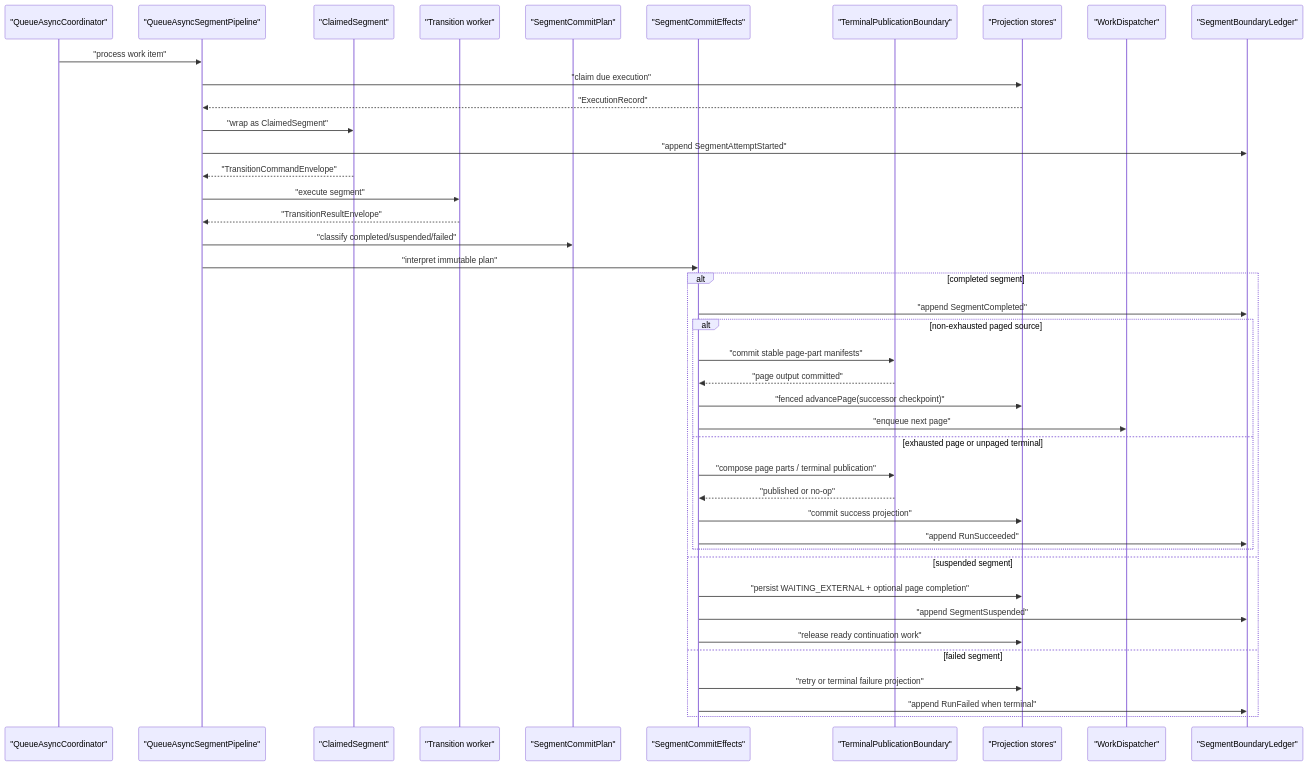
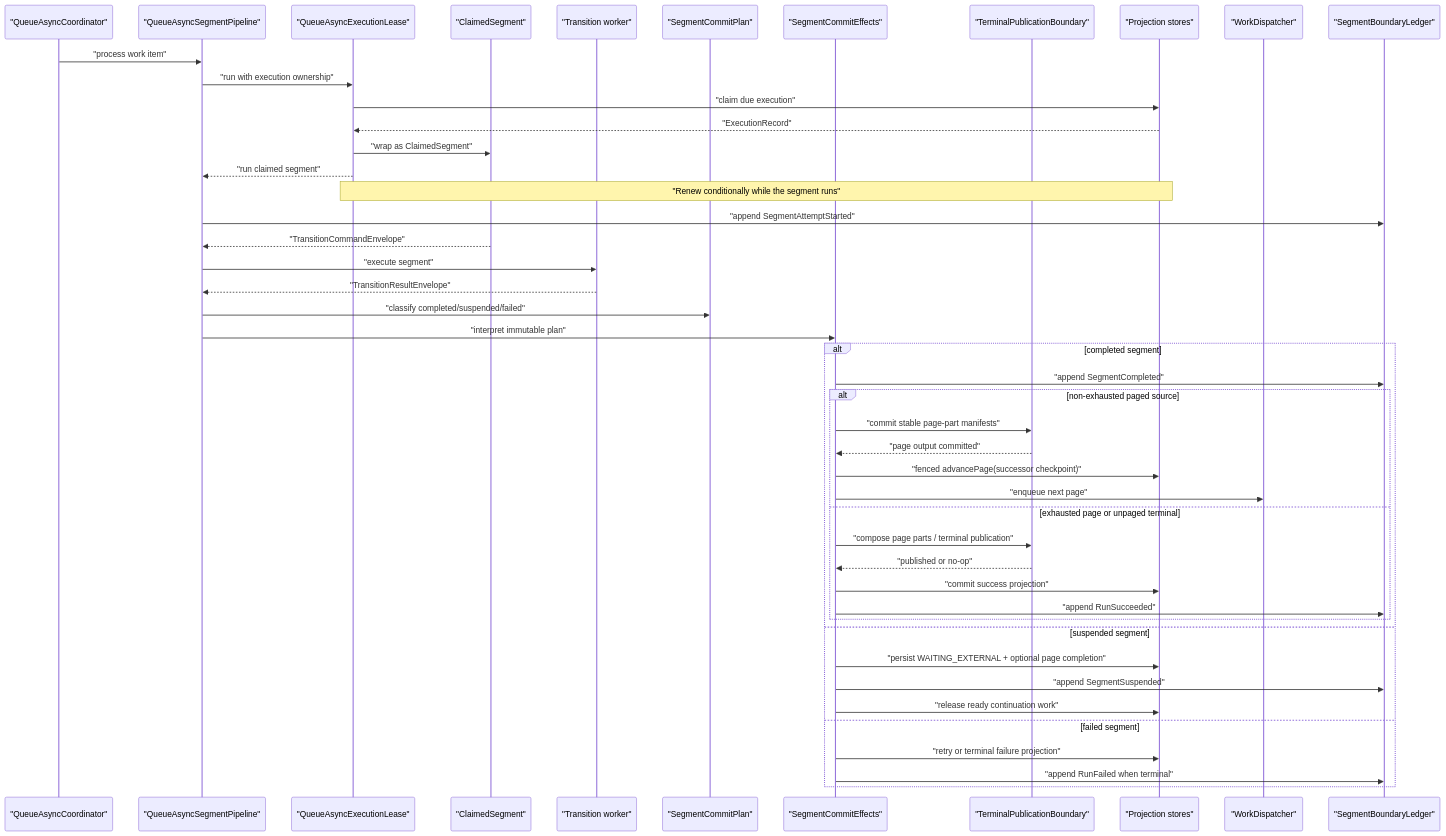
One commit to The-Pipeline-Framework/pipelineframework changed the second of 5 diagrams in docs/evolve/await-unit-runtime/immutable-boundaries.md. Above: the diagram before and after it, drawn with Mermaid. The commit also changed other lines of this file and 2 other files, not shown here.

Commit message:
docs: show queue execution lease ownership and diagnostics

````diff
--- a/docs/evolve/await-unit-runtime/immutable-boundaries.md
+++ b/docs/evolve/await-unit-runtime/immutable-boundaries.md
@@ -109,45 +109,49 @@
 ```mermaid
 sequenceDiagram
     participant Queue as "QueueAsyncCoordinator"
     participant Pipeline as "QueueAsyncSegmentPipeline"
+    participant Lease as "QueueAsyncExecutionLease"
     participant Segment as "ClaimedSegment"
     participant Worker as "Transition worker"
     participant Plan as "SegmentCommitPlan"
     participant Effects as "SegmentCommitEffects"
     participant Publish as "TerminalPublicationBoundary"
     participant Store as "Projection stores"
     participant Dispatch as "WorkDispatcher"
     participant Ledger as "SegmentBoundaryLedger"
 
     Queue->>Pipeline: "process work item"
-    Pipeline->>Store: "claim due execution"
-    Store-->>Pipeline: "ExecutionRecord"
-    Pipeline->>Segment: "wrap as ClaimedSegment"
+    Pipeline->>Lease: "run with execution ownership"
+    Lease->>Store: "claim due execution"
+    Store-->>Lease: "ExecutionRecord"
+    Lease->>Segment: "wrap as ClaimedSegment"
+    Lease-->>Pipeline: "run claimed segment"
+    Note over Lease,Store: "Renew conditionally while the segment runs"
     Pipeline->>Ledger: "append SegmentAttemptStarted"
     Segment-->>Pipeline: "TransitionCommandEnvelope"
     Pipeline->>Worker: "execute segment"
     Worker-->>Pipeline: "TransitionResultEnvelope"
     Pipeline->>Plan: "classify completed/suspended/failed"
     Pipeline->>Effects: "interpret immutable plan"
     alt completed segment
       Effects->>Ledger: "append SegmentCompleted"
       alt non-exhausted paged source
         Effects->>Publish: "commit stable page-part manifests"
         Publish-->>Effects: "page output committed"
         Effects->>Store: "fenced advancePage(successor checkpoint)"
         Effects->>Dispatch: "enqueue next page"
       else exhausted page or unpaged terminal
         Effects->>Publish: "compose page parts / terminal publication"
         Publish-->>Effects: "published or no-op"
         Effects->>Store: "commit success projection"
         Effects->>Ledger: "append RunSucceeded"
       end
     else suspended segment
       Effects->>Store: "persist WAITING_EXTERNAL + optional page completion"
       Effects->>Ledger: "append SegmentSuspended"
       Effects->>Store: "release ready continuation work"
     else failed segment
       Effects->>Store: "retry or terminal failure projection"
       Effects->>Ledger: "append RunFailed when terminal"
     end
 ```
````
